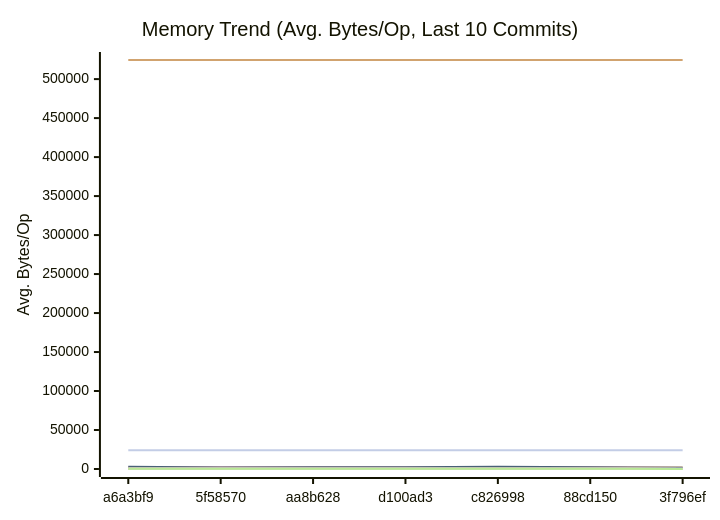
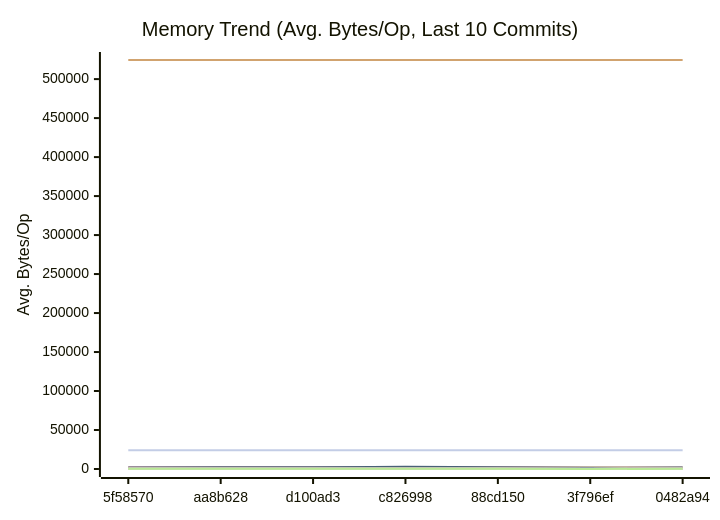
The second of 3 diagrams in docs/PERFORMANCE.md (alsotoes/momo), drawn with Mermaid before and after one commit. The commit also changed other lines of this file and 47 other files, not shown here.

````diff
--- a/docs/PERFORMANCE.md
+++ b/docs/PERFORMANCE.md
@@ -299,42 +300,42 @@
 ```mermaid
 xychart-beta
     title "Memory Trend (Avg. Bytes/Op, Last 10 Commits)"
     x-axis "Commit"
     y-axis "Avg. Bytes/Op"
-    x-axis [a6a3bf9,5f58570,aa8b628,d100ad3,c826998,88cd150,3f796ef]
-    line "AWSChunkedReaderSigned" [153,142,131,130,147,131,74,125,105,96]
-    line "AWSChunkedReaderUnsigned" [162,145,130,120,153,135,74,112,108,97]
+    x-axis [5f58570,aa8b628,d100ad3,c826998,88cd150,3f796ef,0482a94]
+    line "AWSChunkedReaderSigned" [142,131,130,147,131,74,125,105,96,107]
+    line "AWSChunkedReaderUnsigned" [145,130,120,153,135,74,112,108,97,108]
     line "CheckMetricsAndSwap" [0,0,0,0,0,0,0,0,0,0]
     line "CrushOptimized" [0,0,0,0,0,0,0,0,0,0]
     line "CrushOriginal" [164,164,164,164,164,164,164,164,164,164]
-    line "FormatListObjectsV2XML_AppendFormat" [524440,524442,524457,524463,524446,524454,524505,524477,524470,524490]
+    line "FormatListObjectsV2XML_AppendFormat" [524442,524457,524463,524446,524454,524505,524477,524470,524490,524474]
     line "FormatListObjectsV2XML_OldFormat" [24000,24000,24000,24000,24000,24000,24000,24000,24000,24000]
-    line "HashBytes/1MiB" [356,303,257,324,307,303,180,267,275,210]
-    line "HashBytes/256MiB" [301,330,286,242,249,275,156,201,247,231]
-    line "HashBytes/64MiB" [351,280,291,300,306,306,169,238,228,265]
-    line "HashFile/1MiB" [305,271,267,261,261,261,152,222,241,209]
-    line "HashFile/256MiB" [298,291,174,252,283,277,161,242,258,191]
-    line "HashFile/64MiB" [332,283,240,221,273,250,155,239,200,192]
+    line "HashBytes/1MiB" [303,257,324,307,303,180,267,275,210,232]
+    line "HashBytes/256MiB" [330,286,242,249,275,156,201,247,231,248]
+    line "HashBytes/64MiB" [280,291,300,306,306,169,238,228,265,264]
+    line "HashFile/1MiB" [271,267,261,261,261,152,222,241,209,217]
+    line "HashFile/256MiB" [291,174,252,283,277,161,242,258,191,237]
+    line "HashFile/64MiB" [283,240,221,273,250,155,239,200,192,237]
     line "IndexDirectTracking" [0,0,0,0,0,0,0,0,0,0]
     line "IndexSearch" [0,0,0,0,0,0,0,0,0,0]
     line "LoadGlobalConfig" [1976,1976,1976,1976,1976,1976,1976,1976,1976,1976]
-    line "LocalWrite/1MiB" [2714,1959,1683,2004,2716,1034,1217,1691,1967,1729]
-    line "LocalWrite/256MiB" [2563,2177,2270,2223,2404,2222,1422,1646,1959,1986]
-    line "LocalWrite/64MiB" [2789,1880,2221,2158,2776,2232,1512,1973,2038,2017]
+    line "LocalWrite/1MiB" [1959,1683,2004,2716,1034,1217,1691,1967,1729,1822]
+    line "LocalWrite/256MiB" [2177,2270,2223,2404,2222,1422,1646,1959,1986,2025]
+    line "LocalWrite/64MiB" [1880,2221,2158,2776,2232,1512,1973,2038,2017,2019]
     line "PadString" [64,64,64,64,64,64,64,64,64,64]
     line "ParseReplicationOrder_NoPrealloc" [408,408,408,408,408,248,248,248,248,248]
     line "ParseReplicationOrder_Prealloc" [240,240,240,240,240,80,80,80,80,80]
     line "Placement" [352,352,352,352,352,352,352,352,352,352]
     line "PlacementDomainSpread" [352,352,352,352,352,352,352,352,352,352]
-    line "ReadVerify/1MiB" [316,252,237,270,284,342,157,178,241,216]
-    line "ReadVerify/256MiB" [322,287,256,268,303,291,160,208,176,222]
-    line "ReadVerify/64MiB" [316,322,241,295,322,283,141,182,186,222]
-    line "S3PutSpool/1MiB" [287,281,227,254,264,205,129,181,259,187]
-    line "S3PutSpool/256MiB" [254,245,213,271,241,260,133,173,246,154]
-    line "S3PutSpool/64MiB" [222,269,234,286,234,263,133,178,228,171]
+    line "ReadVerify/1MiB" [252,237,270,284,342,157,178,241,216,218]
+    line "ReadVerify/256MiB" [287,256,268,303,291,160,208,176,222,249]
+    line "ReadVerify/64MiB" [322,241,295,322,283,141,182,186,222,318]
+    line "S3PutSpool/1MiB" [281,227,254,264,205,129,181,259,187,211]
+    line "S3PutSpool/256MiB" [245,213,271,241,260,133,173,246,154,231]
+    line "S3PutSpool/64MiB" [269,234,286,234,263,133,178,228,171,236]
     line "SanitizeLog/Safe" [0,0,0,0,0,0,0,0,0,0]
     line "SanitizeLog/Unsafe" [704,704,704,704,704,704,704,704,704,704]
-    line "TrustedRead/1MiB" [297,289,226,325,241,291,135,243,157,183]
-    line "TrustedRead/256MiB" [283,315,219,242,305,231,134,212,170,199]
-    line "TrustedRead/64MiB" [308,244,238,322,299,233,144,186,164,192]
+    line "TrustedRead/1MiB" [289,226,325,241,291,135,243,157,183,238]
+    line "TrustedRead/256MiB" [315,219,242,305,231,134,212,170,199,249]
+    line "TrustedRead/64MiB" [244,238,322,299,233,144,186,164,192,222]
 ```
````
